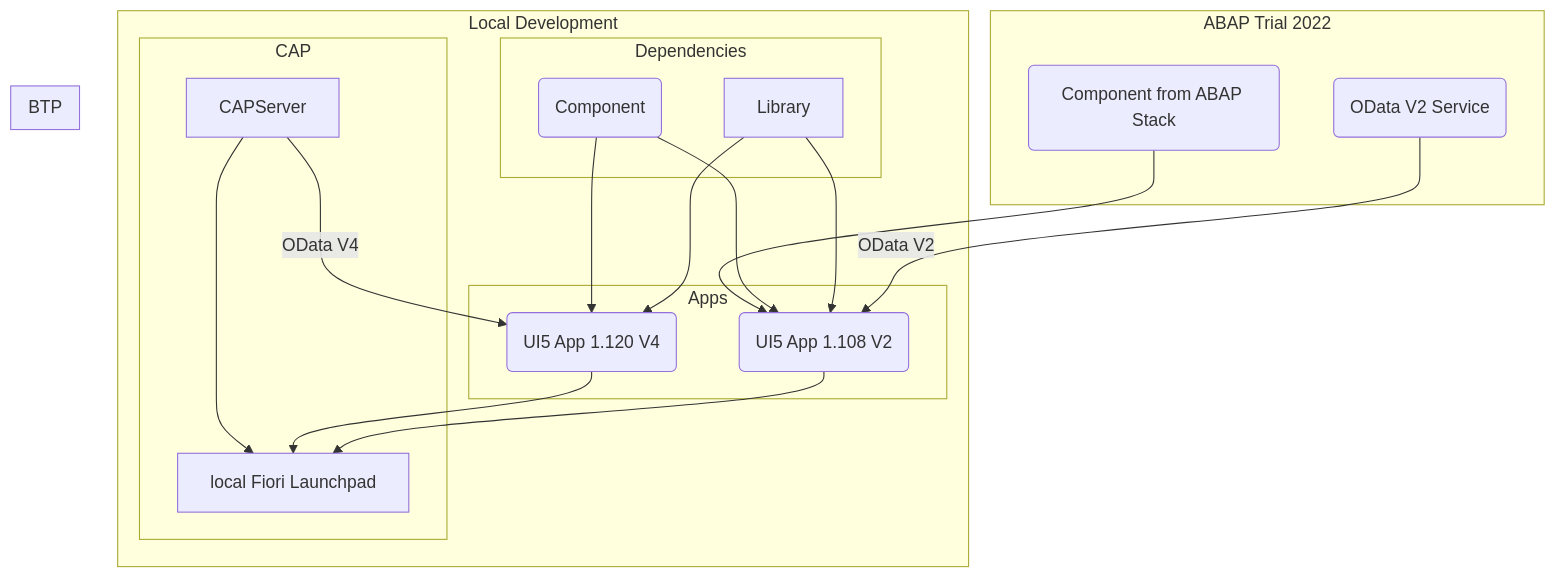
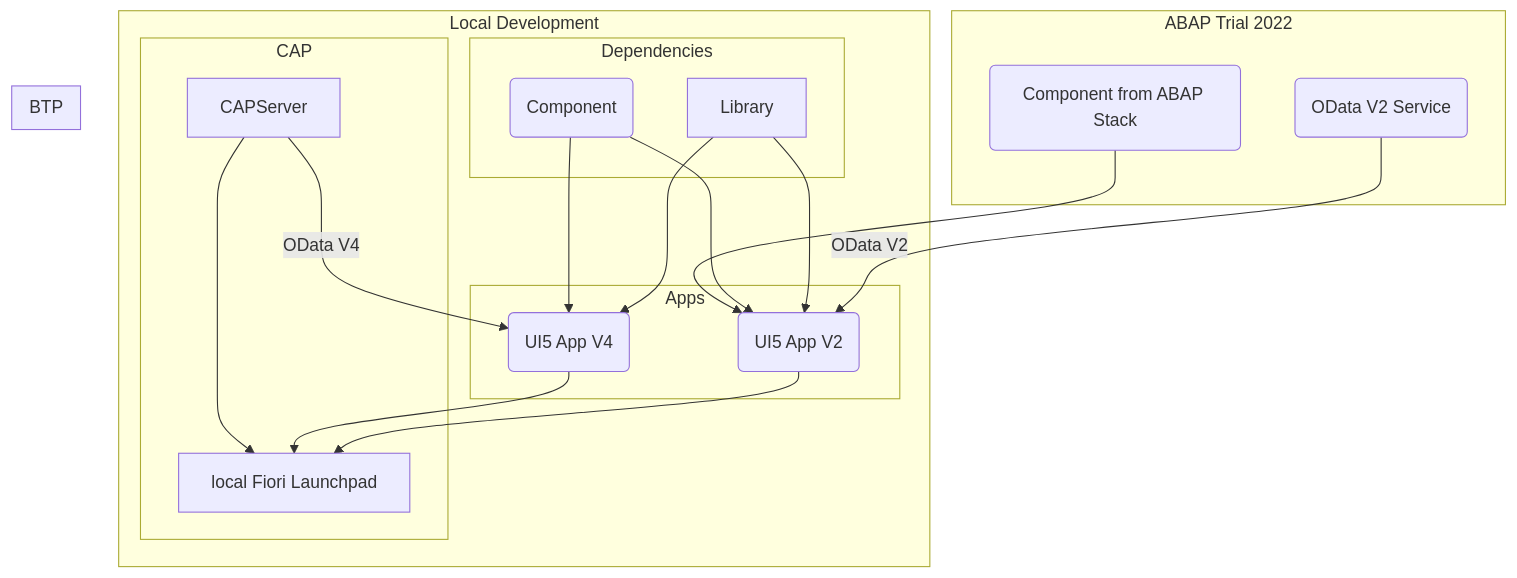
Before and after one commit to marianfoo/ui5con24-dev-env: the first of 2 diagrams in README.md, drawn with Mermaid. The commit also changed 18 other files, not shown here.

````diff
--- a/README.md
+++ b/README.md
@@ -20,37 +20,37 @@
 ```mermaid
 
 
 flowchart TD
     subgraph abap [ABAP Trial 2022]
       ComponentExt(Component from ABAP Stack)
       ODataV2(OData V2 Service)
     end
     subgraph local [Local Development]
       subgraph deps [Dependencies]
         Library
         localComponent
       end
       subgraph apps [Apps]
         UI5App1
         UI5AppABAP
       end
       subgraph CAP
         CAPServer
         FLP
       end
       ComponentExt --> UI5AppABAP
       localComponent(Component) -->UI5AppABAP
       localComponent(Component) -->UI5App1
-      Library -->UI5App1(UI5 App 1.120 V4)
-      Library -->UI5AppABAP(UI5 App 1.108 V2)
+      Library -->UI5App1(UI5 App V4)
+      Library -->UI5AppABAP(UI5 App V2)
       CAPServer --> |OData V4| UI5App1
       ODataV2 --> |OData V2| UI5AppABAP
       CAPServer -->FLP[local Fiori Launchpad]
       UI5App1 -->FLP
       UI5AppABAP -->FLP
     end
     subgraph btp [BTP]
     end
 
 
 ```
````
